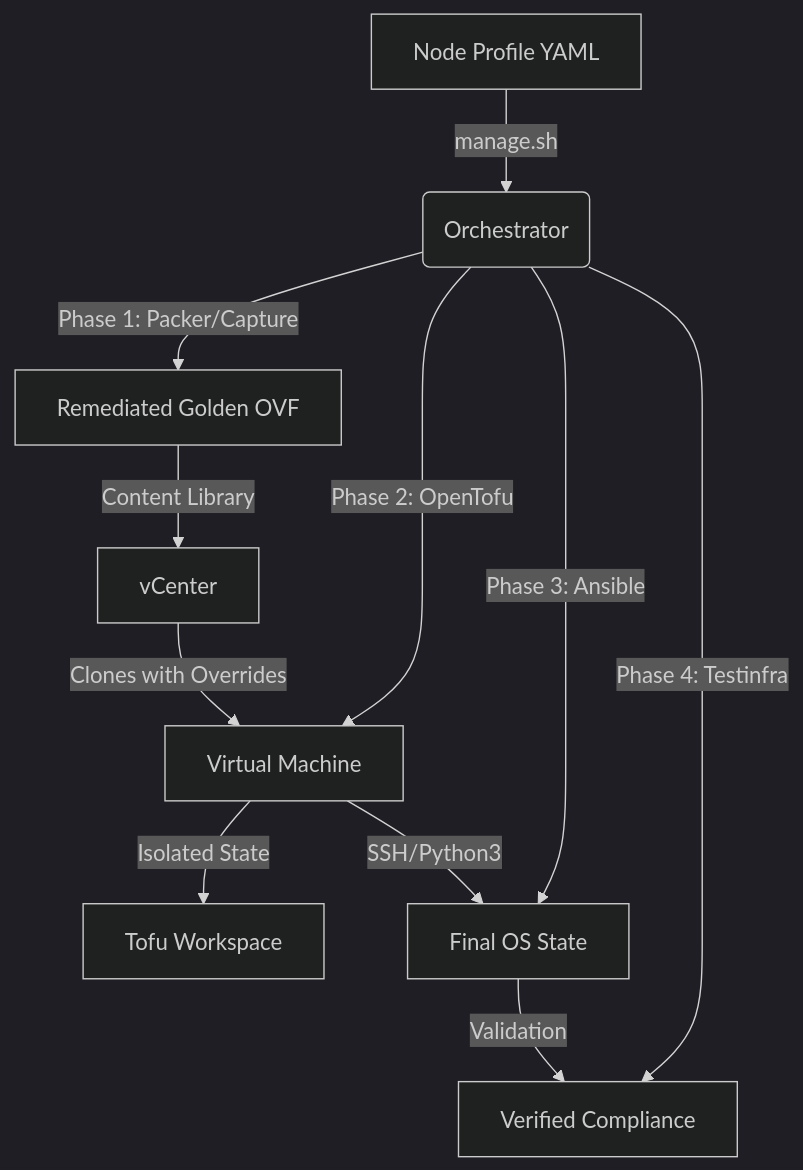
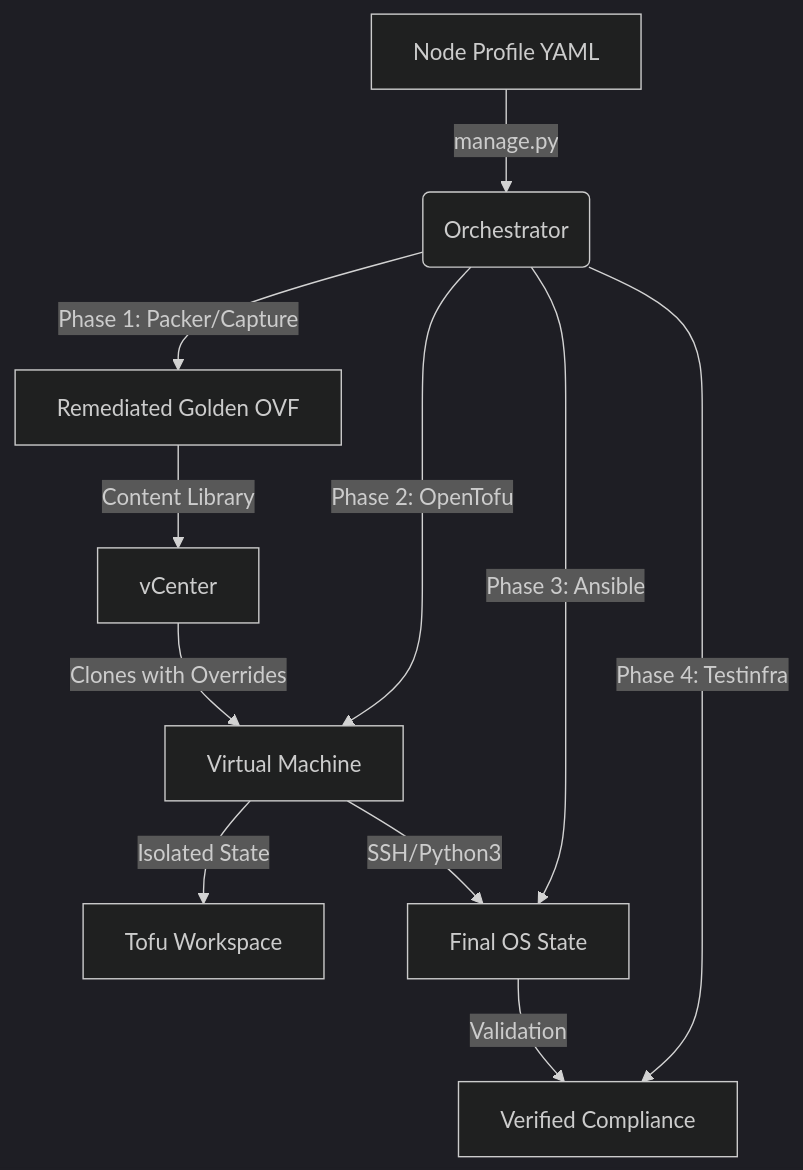
Before and after one commit to echoares-lab/homelab-gitops: the diagram in docs/DESIGN.md, drawn with Mermaid (dark theme). The commit also changed 9 other files, not shown here.

````diff
--- a/docs/DESIGN.md
+++ b/docs/DESIGN.md
@@ -9,13 +9,13 @@
 ```mermaid
 graph TD
-    A[Node Profile YAML] -->|manage.sh| B(Orchestrator)
+    A[Node Profile YAML] -->|manage.py| B(Orchestrator)
     B -->|Phase 1: Packer/Capture| C[Remediated Golden OVF]
     C -->|Content Library| D[vCenter]
     B -->|Phase 2: OpenTofu| E[Virtual Machine]
     D -->|Clones with Overrides| E
     E -->|Isolated State| Workspace[Tofu Workspace]
     B -->|Phase 3: Ansible| F[Final OS State]
     E -->|SSH/Python3| F
     B -->|Phase 4: Testinfra| G[Verified Compliance]
     F -->|Validation| G
 ```
````
